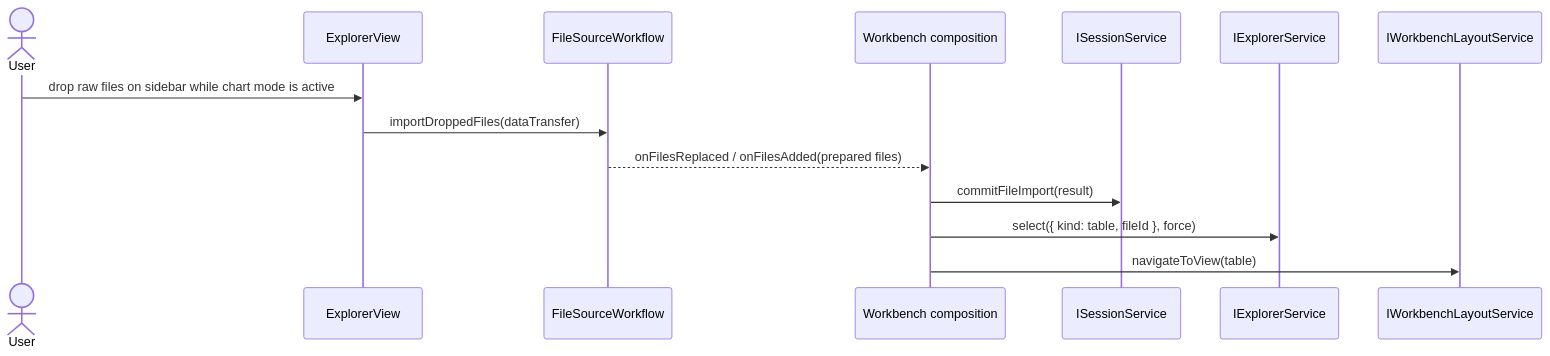
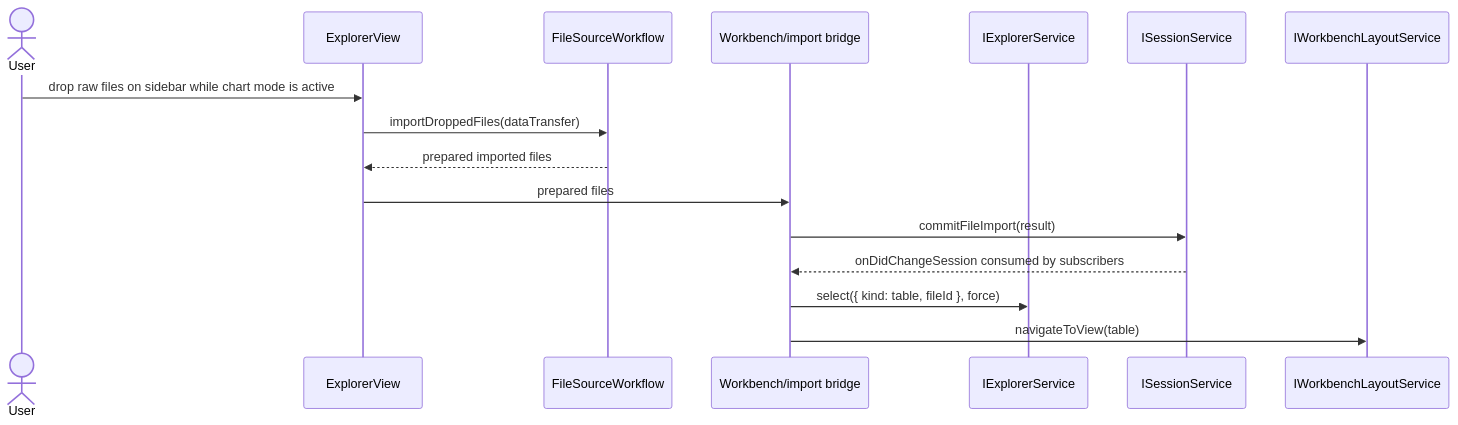
One commit to chogng/conductor changed the sixth of 8 diagrams in .github/instructions/files.instructions.md. Above: the diagram before and after it, drawn with Mermaid. The commit also changed other lines of this file and 19 other files, not shown here.

First line of the commit message:
refactor: align chart and file session ownership

````diff
--- a/.github/instructions/files.instructions.md
+++ b/.github/instructions/files.instructions.md
@@ -388,17 +400,19 @@
 ```mermaid
 sequenceDiagram
     actor User
     participant ExplorerView
     participant SourceWorkflow as FileSourceWorkflow
-    participant Workbench as Workbench composition
+    participant ImportBridge as Workbench/import bridge
+    participant ExplorerService as IExplorerService
     participant Session as ISessionService
-    participant ExplorerService as IExplorerService
     participant Layout as IWorkbenchLayoutService
 
     User->>ExplorerView: drop raw files on sidebar while chart mode is active
     ExplorerView->>SourceWorkflow: importDroppedFiles(dataTransfer)
-    SourceWorkflow-->>Workbench: onFilesReplaced / onFilesAdded(prepared files)
-    Workbench->>Session: commitFileImport(result)
-    Workbench->>ExplorerService: select({ kind: table, fileId }, force)
-    Workbench->>Layout: navigateToView(table)
+    SourceWorkflow-->>ExplorerView: prepared imported files
+    ExplorerView->>ImportBridge: prepared files
+    ImportBridge->>Session: commitFileImport(result)
+    Session-->>ImportBridge: onDidChangeSession consumed by subscribers
+    ImportBridge->>ExplorerService: select({ kind: table, fileId }, force)
+    ImportBridge->>Layout: navigateToView(table)
 ```
````
